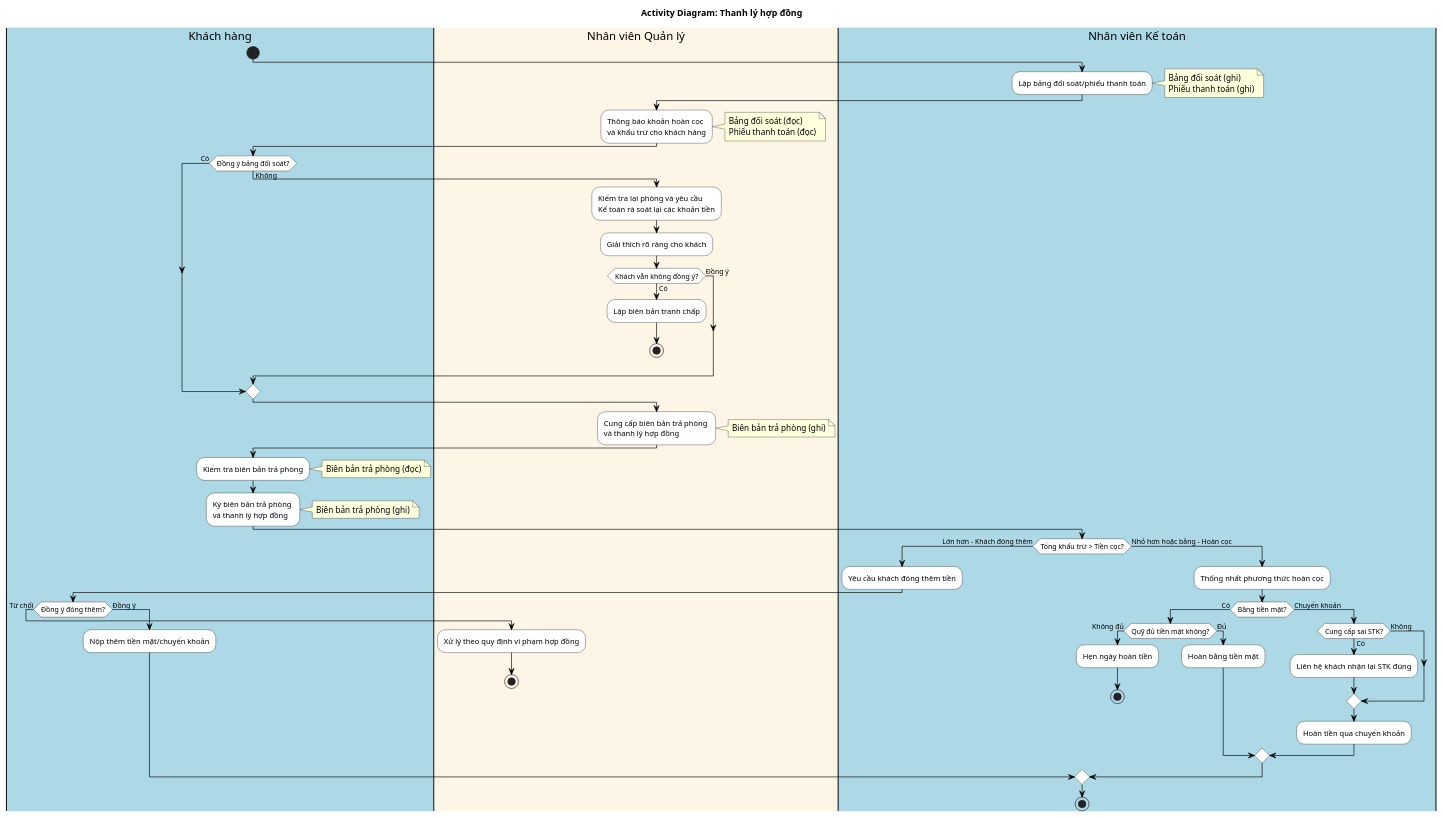
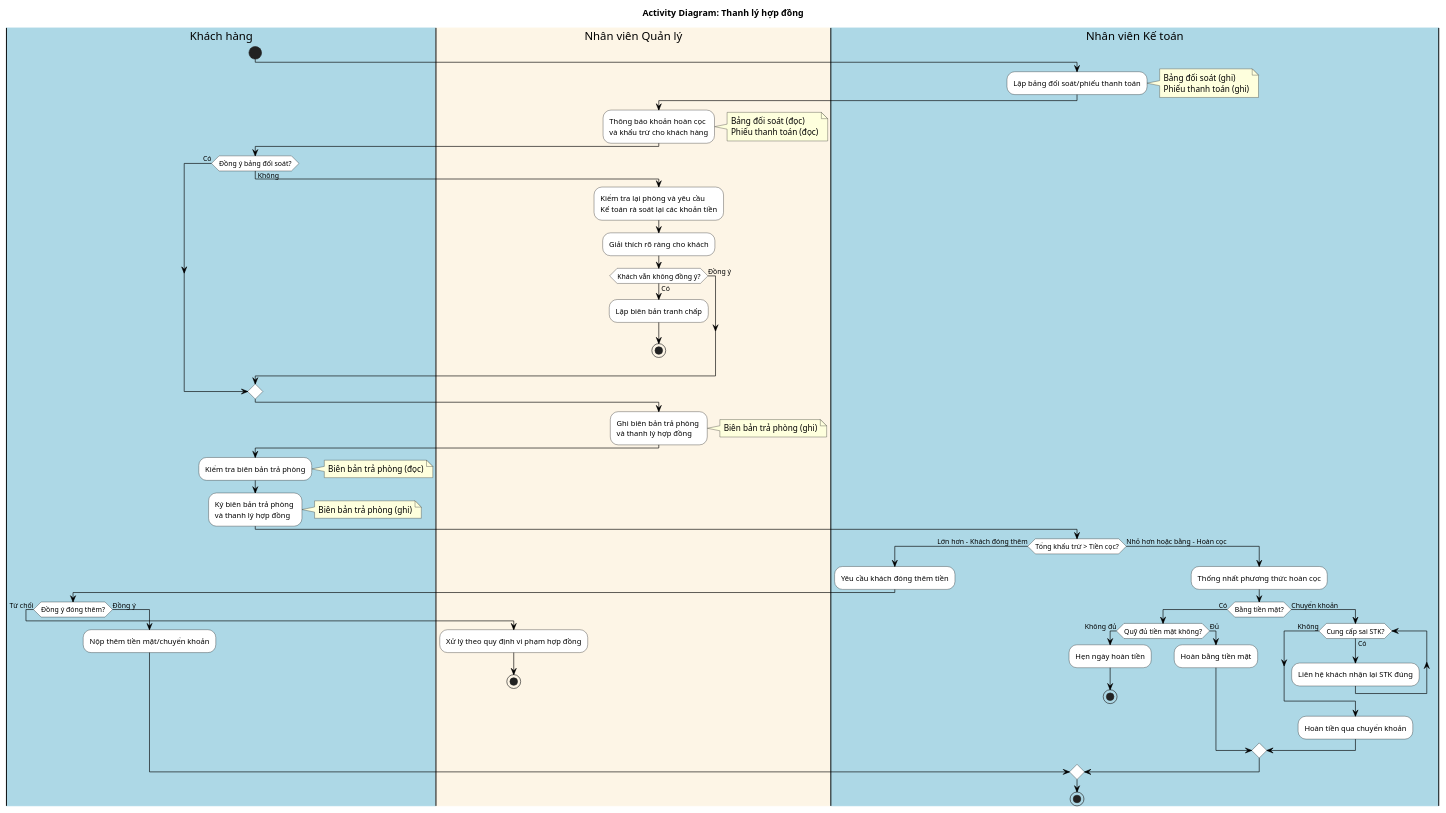
One commit to Gnourt812005/HCMUS-Analyze-and-desgin-IS changed the diagram in doc/business/activity/thanh_ly_hop_dong.wsd. Above: the diagram before and after it, drawn with PlantUML. The commit also changed 2 other files, not shown here.

Commit message:
activity/quangdo: update thanh_ly_hop_dong, tinh_khoan_hoan_coc_va_khau_tru and yeu_cau_tra_phong

```diff
--- a/doc/business/activity/thanh_ly_hop_dong.wsd
+++ b/doc/business/activity/thanh_ly_hop_dong.wsd
@@ -1,102 +1,101 @@
 @startuml
 title Activity Diagram: Thanh lý hợp đồng
 
 ' General config
 skinparam activity {
     BackgroundColor White
     BorderColor Black
     ArrowColor Black
 }
 skinparam swimlane {
     BorderColor Black
 }
 
 ' Swimlanes
 |#LightBlue|Khách hàng|
 |#OldLace|Nhân viên Quản lý|
 |#LightBlue|Nhân viên Kế toán|
 
 ' Start
 |Khách hàng|
 start
 
 |Nhân viên Kế toán|
 :Lập bảng đối soát/phiếu thanh toán;
 note right
     Bảng đối soát (ghi)
     Phiếu thanh toán (ghi)
 end note
 
 |Nhân viên Quản lý|
 :Thông báo khoản hoàn cọc \nvà khấu trừ cho khách hàng;
 note right
     Bảng đối soát (đọc)
     Phiếu thanh toán (đọc)
 end note
 
 |Khách hàng|
 if (Đồng ý bảng đối soát?) then (Không)
     |Nhân viên Quản lý|
     :Kiểm tra lại phòng và yêu cầu \nKế toán rà soát lại các khoản tiền;
     :Giải thích rõ ràng cho khách;
     if (Khách vẫn không đồng ý?) then (Có)
         :Lập biên bản tranh chấp;
         stop
     else (Đồng ý)
     endif
 else (Có)
 endif
 
 |Nhân viên Quản lý|
-:Cung cấp biên bản trả phòng \nvà thanh lý hợp đồng;
+:Ghi biên bản trả phòng \nvà thanh lý hợp đồng;
 note right
     Biên bản trả phòng (ghi)
 end note
 
 |Khách hàng|
 :Kiểm tra biên bản trả phòng;
 note right
     Biên bản trả phòng (đọc)
 end note
 
 :Ký biên bản trả phòng \nvà thanh lý hợp đồng;
 note right
     Biên bản trả phòng (ghi)
 end note
 
 |Nhân viên Kế toán|
 if (Tổng khấu trừ > Tiền cọc?) then (Lớn hơn - Khách đóng thêm)
     :Yêu cầu khách đóng thêm tiền;
     
     |Khách hàng|
     if (Đồng ý đóng thêm?) then (Từ chối)
         |Nhân viên Quản lý|
         :Xử lý theo quy định vi phạm hợp đồng;
         stop
     else (Đồng ý)
         |Khách hàng|
         :Nộp thêm tiền mặt/chuyển khoản;
     endif
 
 else (Nhỏ hơn hoặc bằng - Hoàn cọc)
     |Nhân viên Kế toán|
     :Thống nhất phương thức hoàn cọc;
     
     if (Bằng tiền mặt?) then (Có)
         if (Quỹ đủ tiền mặt không?) then (Không đủ)
             :Hẹn ngày hoàn tiền;
             stop
         else (Đủ)
             :Hoàn bằng tiền mặt;
         endif
     else (Chuyển khoản)
-        if (Cung cấp sai STK?) then (Có)
+        while (Cung cấp sai STK?) is (Có)
             :Liên hệ khách nhận lại STK đúng;
-        else (Không)
-        endif
+        endwhile (Không)
         :Hoàn tiền qua chuyển khoản;
     endif
 endif
 stop
 
 @enduml
```
